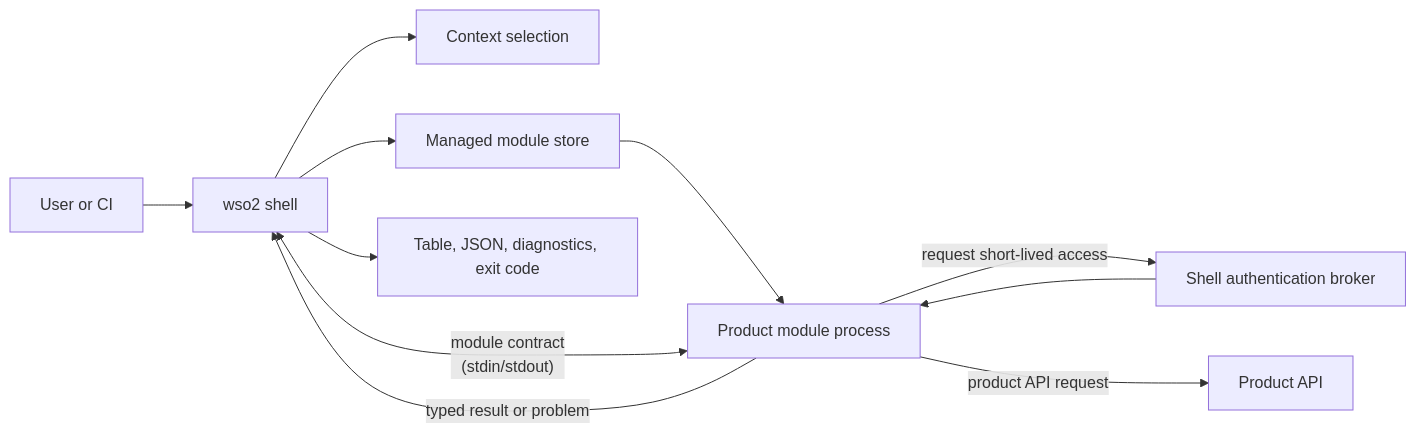
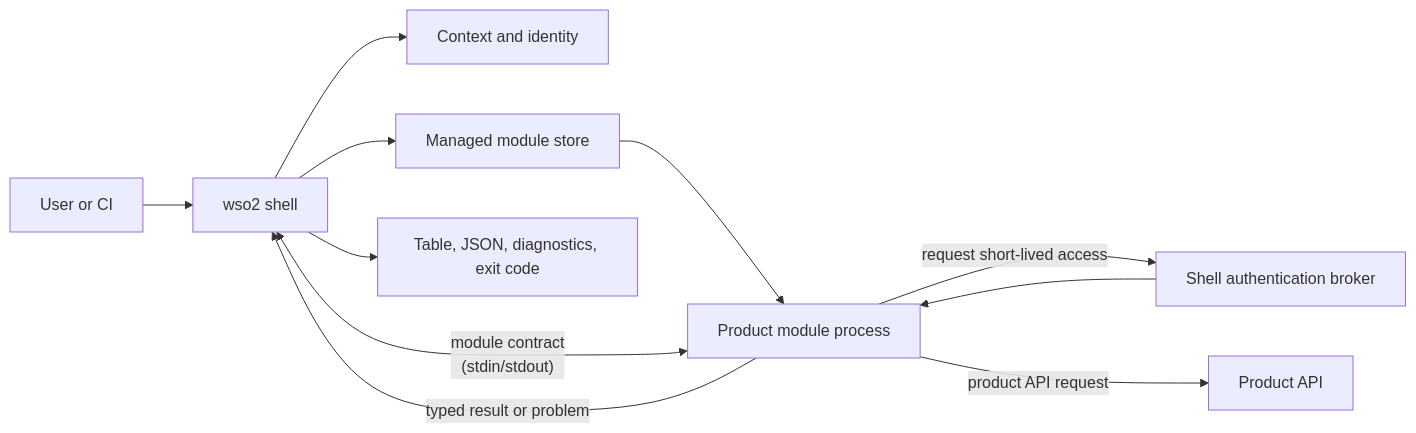
One commit to kanushka/wso2-cli changed the first of 3 diagrams in docs/guides/building-product-modules.md. Above: the diagram before and after it, drawn with Mermaid. The commit also changed other lines of this file and 24 other files, not shown here.

````diff
--- a/docs/guides/building-product-modules.md
+++ b/docs/guides/building-product-modules.md
@@ -34,13 +40,13 @@
 ```mermaid
 flowchart LR
     U["User or CI"] --> S["wso2 shell"]
-    S --> C["Context selection"]
+    S --> C["Context and identity"]
     S --> M["Managed module store"]
     M --> P["Product module process"]
     P <-->|"module contract<br/>(stdin/stdout)"| S
     P -->|"request short-lived access"| B["Shell authentication broker"]
     B --> P
     P -->|"product API request"| A["Product API"]
     P -->|"typed result or problem"| S
     S --> O["Table, JSON, diagnostics, exit code"]
 ```
````
